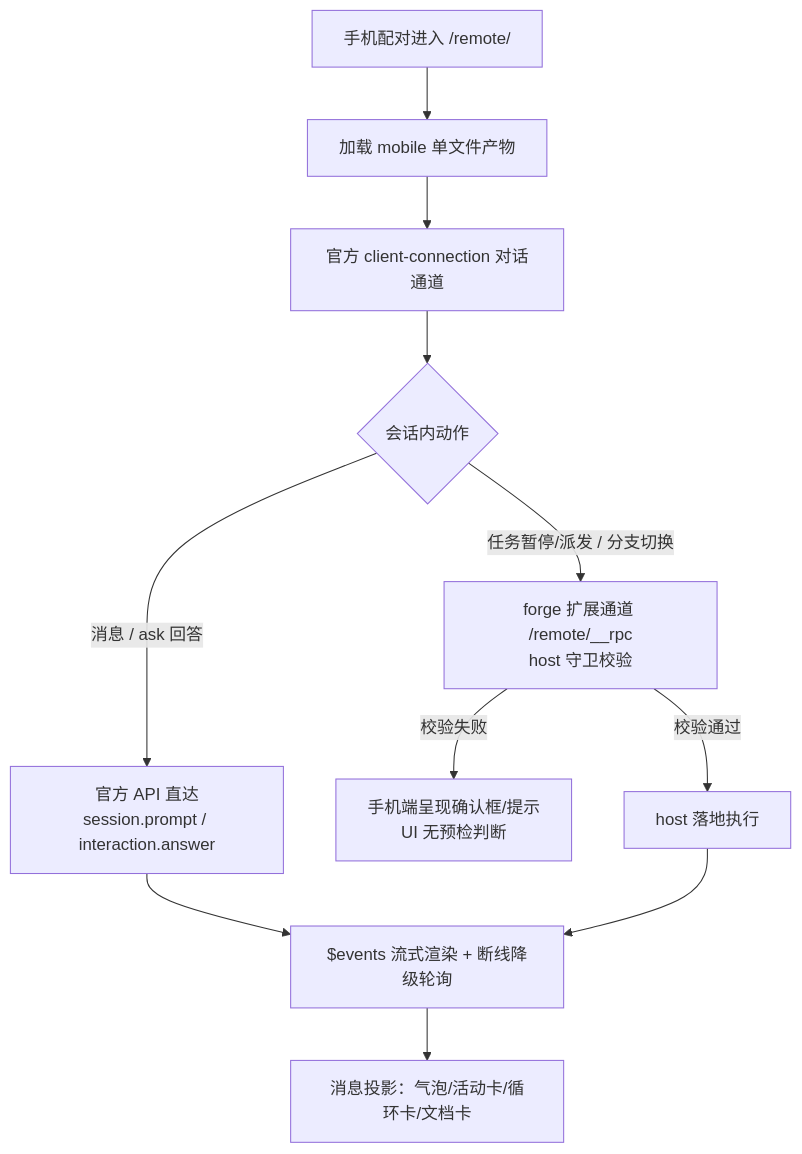
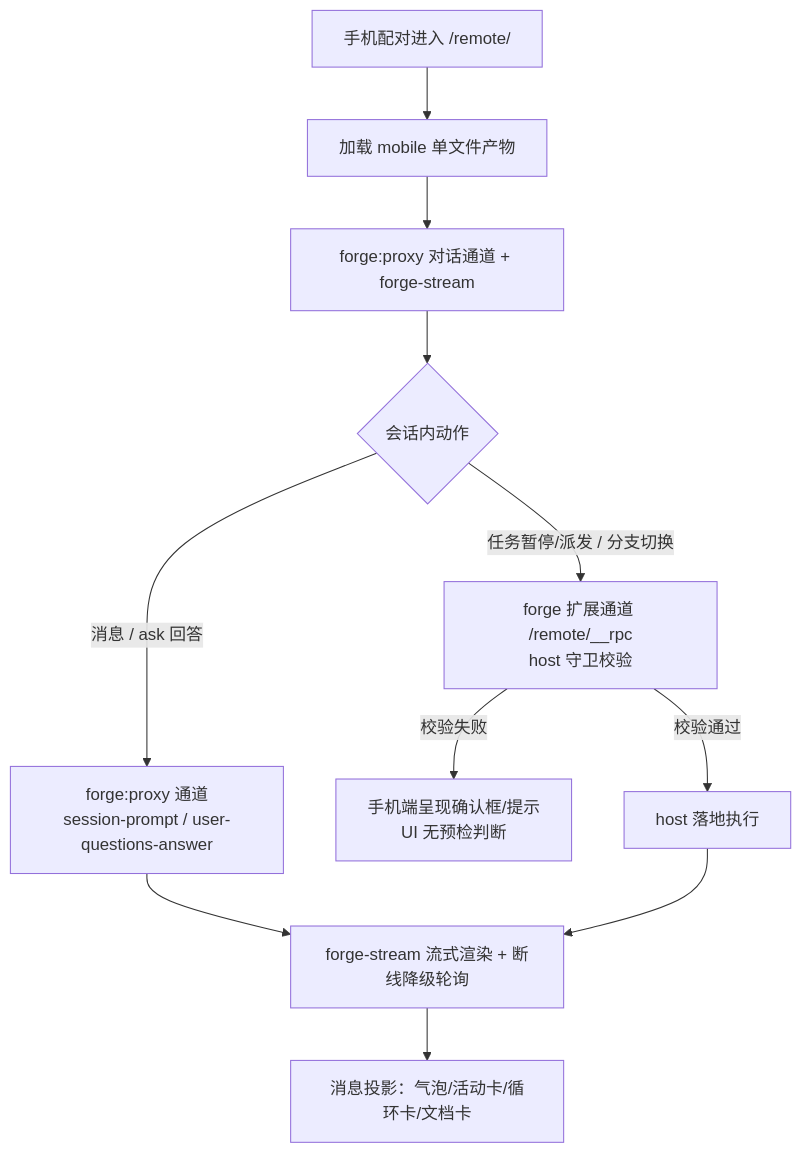
Before and after one commit to bigfaner/dsh-forge: the second of 2 diagrams in .forge/docs/features/mobile-ui/prd/prd-spec.md, drawn with Mermaid. The commit also changed other lines of this file and 8 other files, not shown here.

Commit message:
docs(mobile-ui): read-state 撤销段回写 + transport 残留改 R12 口径（forge:proxy + forge-stream）

````diff
--- a/.forge/docs/features/mobile-ui/prd/prd-spec.md
+++ b/.forge/docs/features/mobile-ui/prd/prd-spec.md
@@ -73,13 +73,13 @@
 ```mermaid
 flowchart TD
     A[手机配对进入 /remote/] --> B[加载 mobile 单文件产物]
-    B --> C[官方 client-connection 对话通道]
+    B --> C[forge:proxy 对话通道 + forge-stream]
     C --> D{会话内动作}
-    D -->|消息 / ask 回答| E[官方 API 直达<br/>session.prompt / interaction.answer]
+    D -->|消息 / ask 回答| E[forge:proxy 通道<br/>session-prompt / user-questions-answer]
     D -->|任务暂停/派发 / 分支切换| F[forge 扩展通道 /remote/__rpc<br/>host 守卫校验]
     F -->|校验失败| G[手机端呈现确认框/提示<br/>UI 无预检判断]
     F -->|校验通过| H[host 落地执行]
-    E --> I[$events 流式渲染 + 断线降级轮询]
+    E --> I[forge-stream 流式渲染 + 断线降级轮询]
     H --> I
     I --> J[消息投影：气泡/活动卡/循环卡/文档卡]
 ```
````
